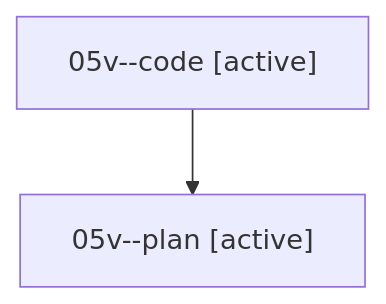
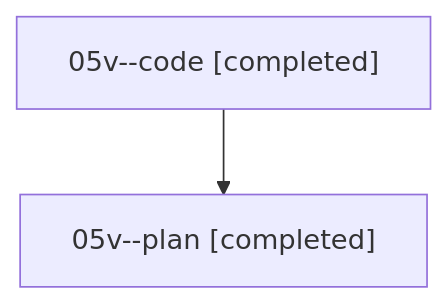
The diagram in families/bbugyi200.athena.05v.md (sase-org/sase--agents), drawn with Mermaid before and after one commit. The commit also changed other lines of this file and 32 other files, not shown here.

````diff
--- a/families/bbugyi200.athena.05v.md
+++ b/families/bbugyi200.athena.05v.md
@@ -9,6 +9,6 @@
 ```mermaid
 flowchart TD
-  n0["05v--code [active]"]
-  n1["05v--plan [active]"]
+  n0["05v--code [completed]"]
+  n1["05v--plan [completed]"]
   n0 --> n1
 ```
````
